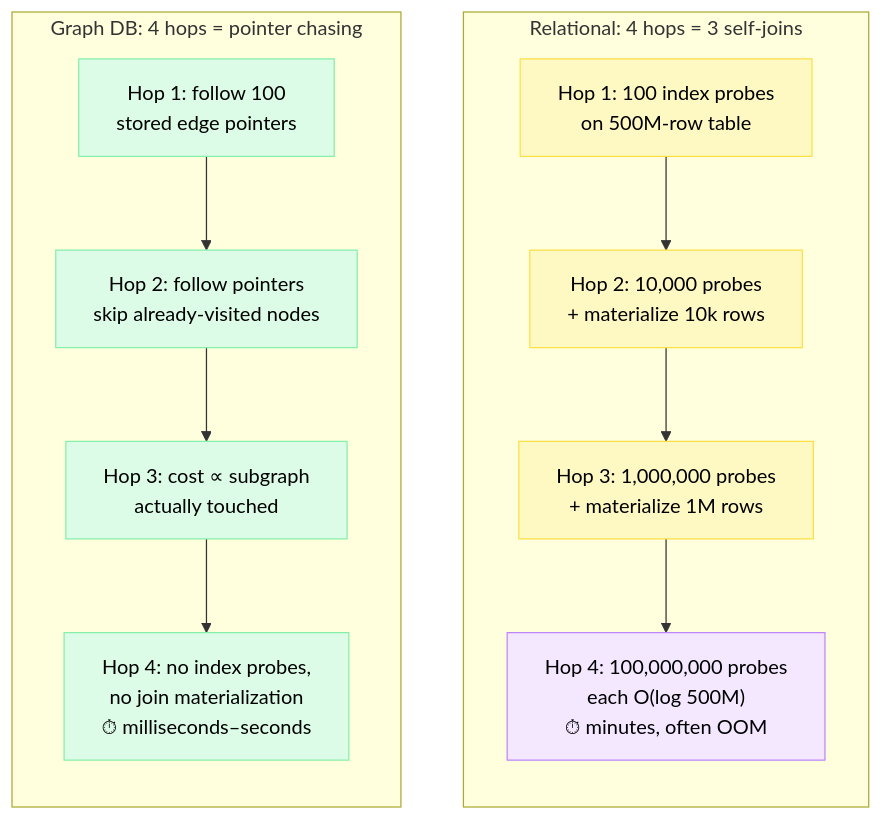
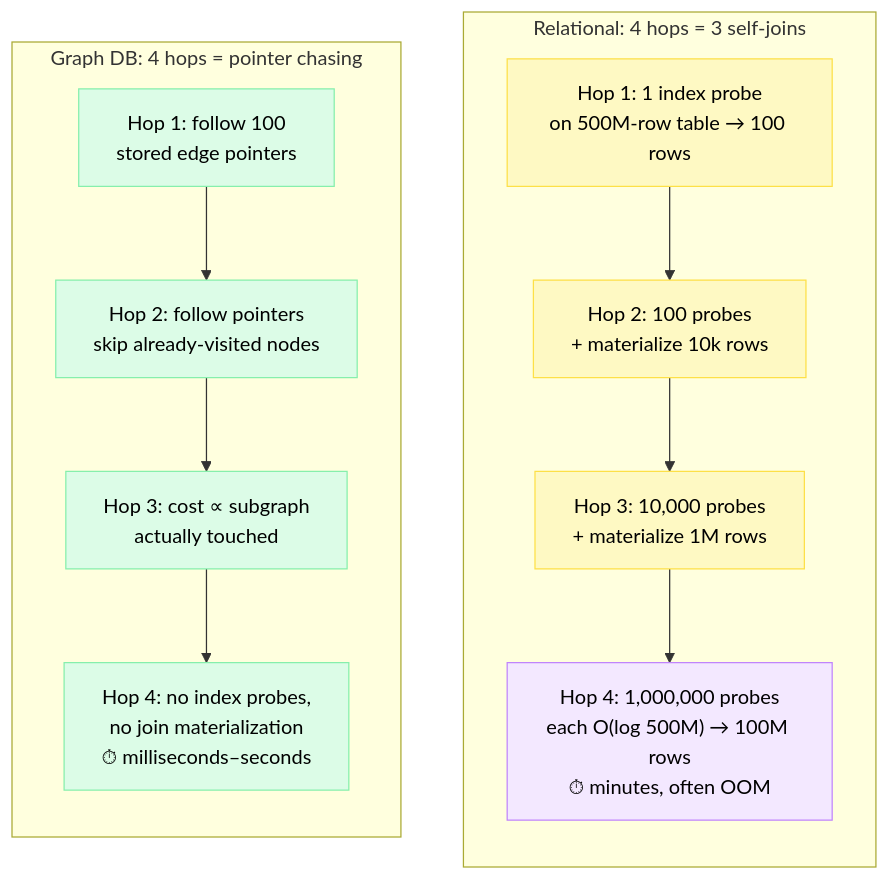
One commit to Ankan1998/learn-system-design changed the third of 6 diagrams in Level-07-Big-Data-and-Specialized/08-Specialized-Databases/README.md. Above: the diagram before and after it, drawn with Mermaid. The commit also changed other lines of this file and 139 other files, not shown here.

````diff
--- a/Level-07-Big-Data-and-Specialized/08-Specialized-Databases/README.md
+++ b/Level-07-Big-Data-and-Specialized/08-Specialized-Databases/README.md
@@ -113,22 +113,22 @@
 ```mermaid
 flowchart TB
     subgraph SQL["Relational: 4 hops = 3 self-joins"]
         direction TB
-        A1["Hop 1: 100 index probes<br/>on 500M-row table"] --> A2["Hop 2: 10,000 probes<br/>+ materialize 10k rows"]
-        A2 --> A3["Hop 3: 1,000,000 probes<br/>+ materialize 1M rows"]
-        A3 --> A4["Hop 4: 100,000,000 probes<br/>each O(log 500M)<br/>⏱ minutes, often OOM"]
+        A1["Hop 1: 1 index probe<br/>on 500M-row table → 100 rows"] --> A2["Hop 2: 100 probes<br/>+ materialize 10k rows"]
+        A2 --> A3["Hop 3: 10,000 probes<br/>+ materialize 1M rows"]
+        A3 --> A4["Hop 4: 1,000,000 probes<br/>each O(log 500M) → 100M rows<br/>⏱ minutes, often OOM"]
     end
     subgraph GDB["Graph DB: 4 hops = pointer chasing"]
         direction TB
         B1["Hop 1: follow 100<br/>stored edge pointers"] --> B2["Hop 2: follow pointers<br/>skip already-visited nodes"]
         B2 --> B3["Hop 3: cost ∝ subgraph<br/>actually touched"]
         B3 --> B4["Hop 4: no index probes,<br/>no join materialization<br/>⏱ milliseconds–seconds"]
     end
 
     classDef slow fill:#fef9c3,stroke:#fde047,color:#000
     classDef bad fill:#f3e8ff,stroke:#c084fc,color:#000
     classDef fast fill:#dcfce7,stroke:#86efac,color:#000
     class A1,A2,A3 slow
     class A4 bad
     class B1,B2,B3,B4 fast
 ```
````
